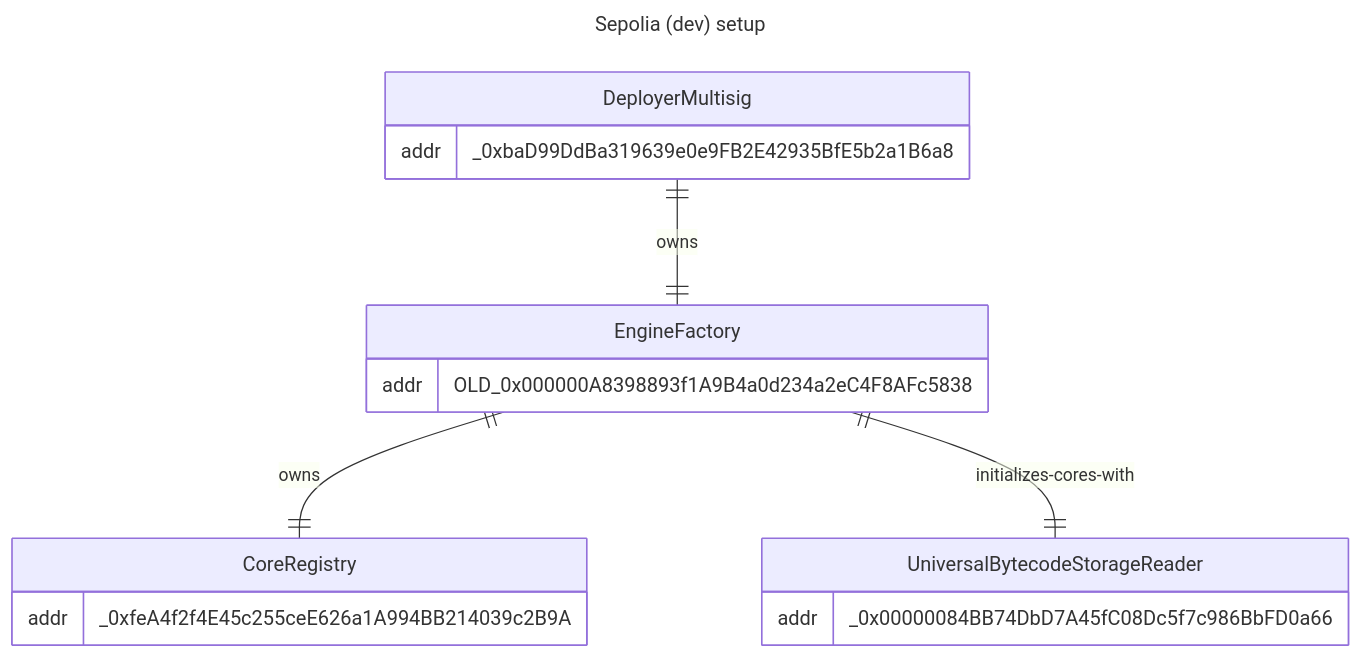
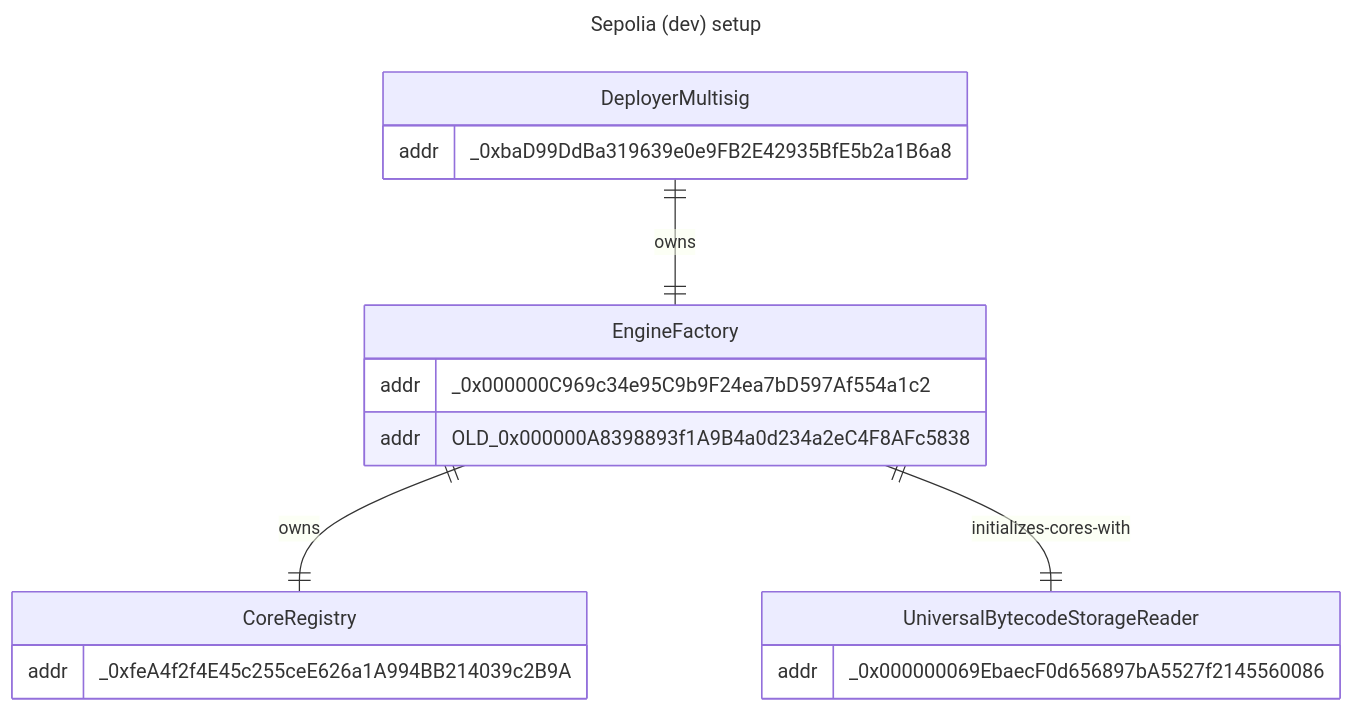
One commit to void-smith660/artblocks-contracts changed the fourth of 4 diagrams in packages/contracts/INFRASTRUCTURE.md. Above: the diagram before and after it, drawn with Mermaid. The commit also changed other lines of this file and 9 other files, not shown here.

````diff
--- a/packages/contracts/INFRASTRUCTURE.md
+++ b/packages/contracts/INFRASTRUCTURE.md
@@ -100,21 +103,22 @@
 ```mermaid
 ---
 title: Sepolia (dev) setup
 ---
 erDiagram
     DeployerMultisig ||--|| EngineFactory : owns
     EngineFactory ||--|| CoreRegistry : owns
     EngineFactory ||--|| UniversalBytecodeStorageReader : initializes-cores-with
     DeployerMultisig {
         addr _0xbaD99DdBa319639e0e9FB2E42935BfE5b2a1B6a8
     }
     EngineFactory {
+        addr _0x000000C969c34e95C9b9F24ea7bD597Af554a1c2
         addr OLD_0x000000A8398893f1A9B4a0d234a2eC4F8AFc5838
     }
     CoreRegistry {
         addr _0xfeA4f2f4E45c255ceE626a1A994BB214039c2B9A
     }
     UniversalBytecodeStorageReader {
-        addr _0x00000084BB74DbD7A45fC08Dc5f7c986BbFD0a66
+        addr _0x000000069EbaecF0d656897bA5527f2145560086
     }
 ```
````
